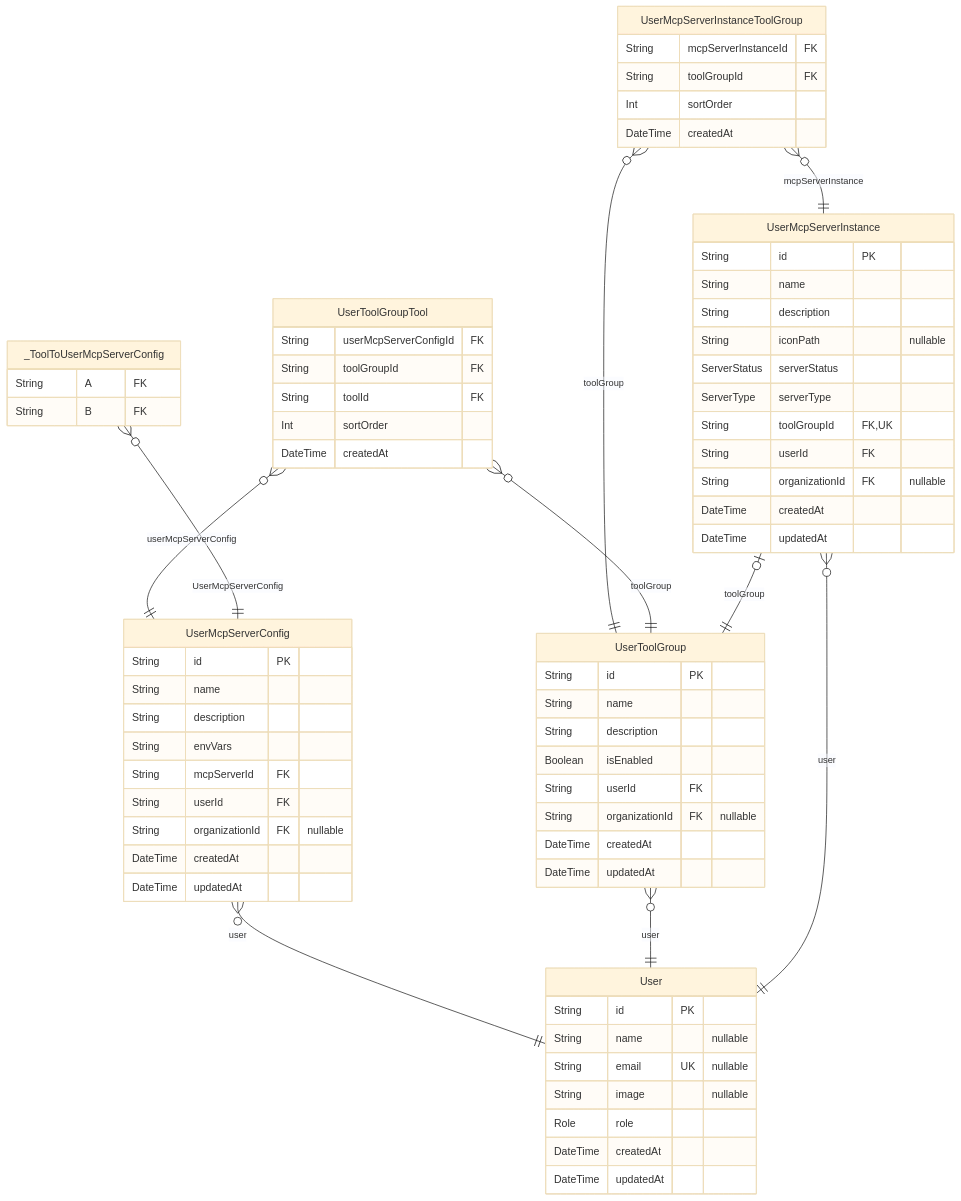
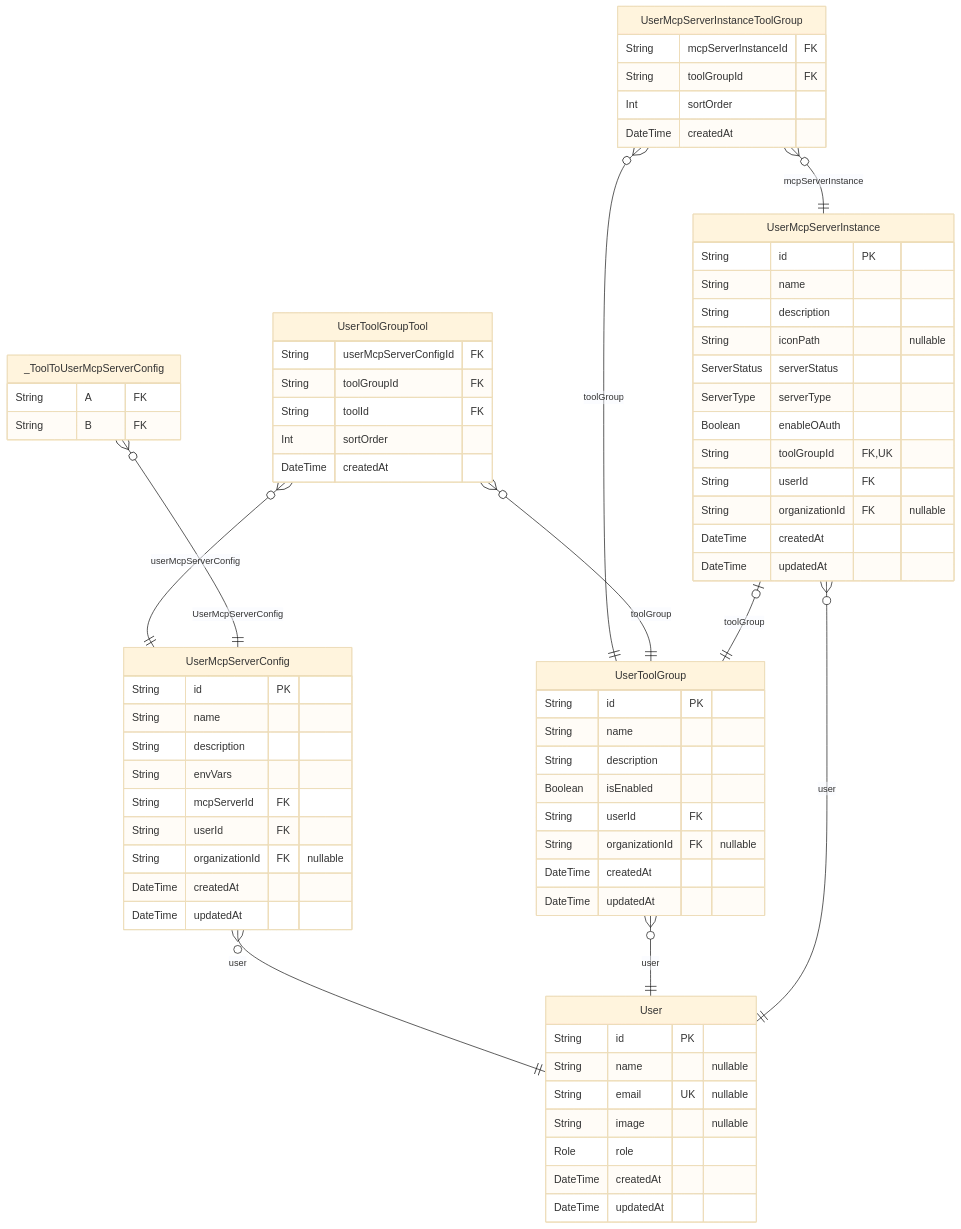
Before and after one commit to rayven122/tumiki: the fifth of 7 diagrams in packages/db/prisma/README.md, drawn with Mermaid (base theme). The commit also changed other lines of this file and 3 other files, not shown here.

````diff
--- a/packages/db/prisma/README.md
+++ b/packages/db/prisma/README.md
@@ -521,72 +523,73 @@
 ```mermaid
 erDiagram
 "UserMcpServerInstanceToolGroup" {
   String mcpServerInstanceId FK
   String toolGroupId FK
   Int sortOrder
   DateTime createdAt
 }
 "User" {
   String id PK
   String name "nullable"
   String email UK "nullable"
   String image "nullable"
   Role role
   DateTime createdAt
   DateTime updatedAt
 }
 "UserMcpServerConfig" {
   String id PK
   String name
   String description
   String envVars
   String mcpServerId FK
   String userId FK
   String organizationId FK "nullable"
   DateTime createdAt
   DateTime updatedAt
 }
 "UserToolGroupTool" {
   String userMcpServerConfigId FK
   String toolGroupId FK
   String toolId FK
   Int sortOrder
   DateTime createdAt
 }
 "UserToolGroup" {
   String id PK
   String name
   String description
   Boolean isEnabled
   String userId FK
   String organizationId FK "nullable"
   DateTime createdAt
   DateTime updatedAt
 }
 "UserMcpServerInstance" {
   String id PK
   String name
   String description
   String iconPath "nullable"
   ServerStatus serverStatus
   ServerType serverType
+  Boolean enableOAuth
   String toolGroupId FK,UK
   String userId FK
   String organizationId FK "nullable"
   DateTime createdAt
   DateTime updatedAt
 }
 "_ToolToUserMcpServerConfig" {
   String A FK
   String B FK
 }
 "UserMcpServerInstanceToolGroup" }o--|| "UserMcpServerInstance" : mcpServerInstance
 "UserMcpServerInstanceToolGroup" }o--|| "UserToolGroup" : toolGroup
 "UserMcpServerConfig" }o--|| "User" : user
 "UserToolGroupTool" }o--|| "UserMcpServerConfig" : userMcpServerConfig
 "UserToolGroupTool" }o--|| "UserToolGroup" : toolGroup
 "UserToolGroup" }o--|| "User" : user
 "UserMcpServerInstance" |o--|| "UserToolGroup" : toolGroup
 "UserMcpServerInstance" }o--|| "User" : user
 "_ToolToUserMcpServerConfig" }o--|| "UserMcpServerConfig" : UserMcpServerConfig
 ```
````
